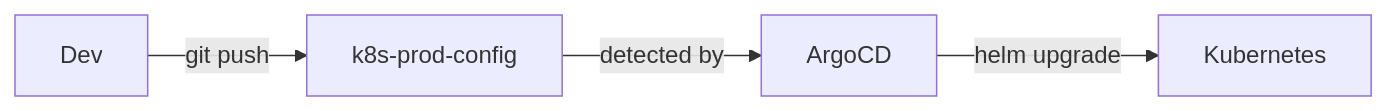
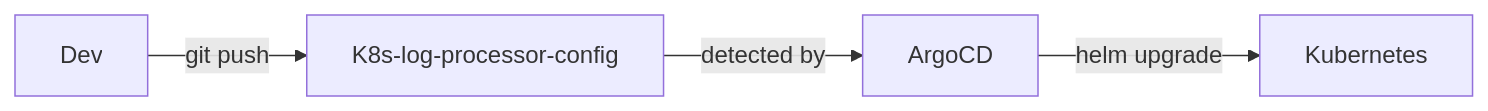
One commit to 4b93f/K8s-log-processor-config changed the diagram in README.md. Above: the diagram before and after it, drawn with Mermaid. The commit also changed other lines of this file and 1 other file, not shown here.

Commit message:
rename images and references to k8s-log-processor

````diff
--- a/README.md
+++ b/README.md
@@ -7,6 +7,6 @@
 ```mermaid
 flowchart LR
-    Dev -->|git push| Repo[k8s-prod-config]
+    Dev -->|git push| Repo[K8s-log-processor-config]
     Repo -->|detected by| ArgoCD
     ArgoCD -->|helm upgrade| Cluster[Kubernetes]
 ```
````
